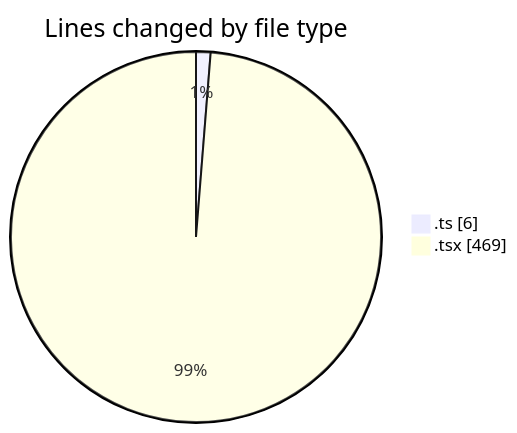
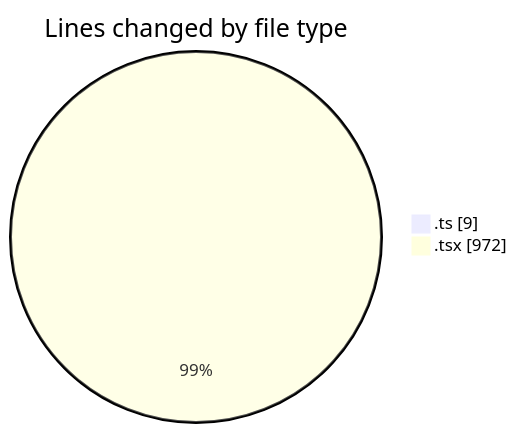
Before and after one commit to momahboobian/code-tracking: the first of 2 diagrams in 2025-07-01/cda/README.md, drawn with Mermaid. The commit also changed other lines of this file and 1 other file, not shown here.

````diff
--- a/2025-07-01/cda/README.md
+++ b/2025-07-01/cda/README.md
@@ -22,6 +24,6 @@
 ```mermaid
 pie showData
 title Lines changed by file type
-".ts" : 6
-".tsx" : 469
+".ts" : 9
+".tsx" : 972
 ```
````
